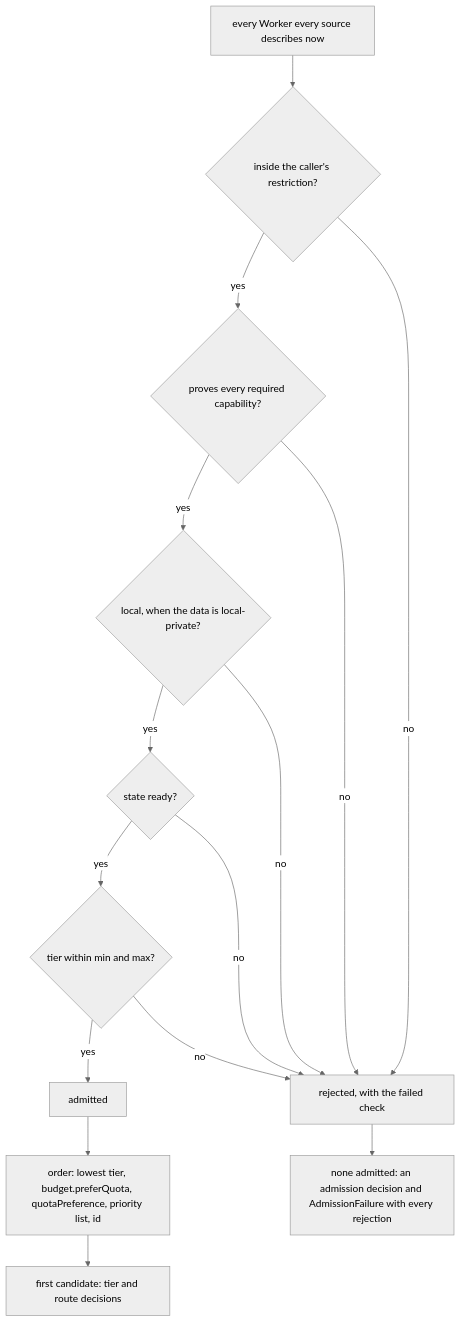
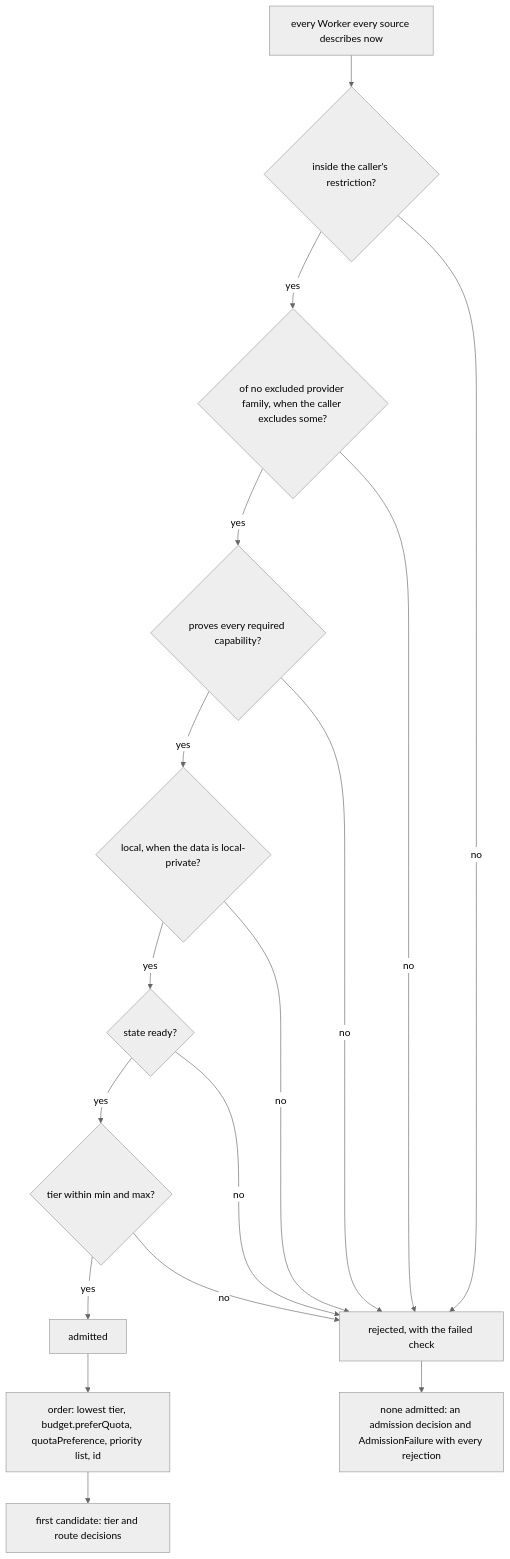
One commit to tsuuanmi/system changed the diagram in docs/design/routing.md. Above: the diagram before and after it, drawn with Mermaid (neutral theme). The commit also changed other lines of this file and 47 other files, not shown here.

````diff
--- a/docs/design/routing.md
+++ b/docs/design/routing.md
@@ -66,17 +66,19 @@
 ```mermaid
 flowchart TD
   A[every Worker every source describes now] --> B{inside the caller's restriction?}
-  B -->|yes| C{proves every required capability?}
+  B -->|yes| X{"of no excluded provider family, when the caller excludes some?"}
+  X -->|yes| C{proves every required capability?}
   C -->|yes| D{local, when the data is local-private?}
   D -->|yes| E{state ready?}
   E -->|yes| F{tier within min and max?}
   F -->|yes| G[admitted]
   B -->|no| R[rejected, with the failed check]
+  X -->|no| R
   C -->|no| R
   D -->|no| R
   E -->|no| R
   F -->|no| R
   G --> H["order: lowest tier, budget.preferQuota, quotaPreference, priority list, id"]
   H --> I[first candidate: tier and route decisions]
   R --> J[none admitted: an admission decision and AdmissionFailure with every rejection]
 ```
````
